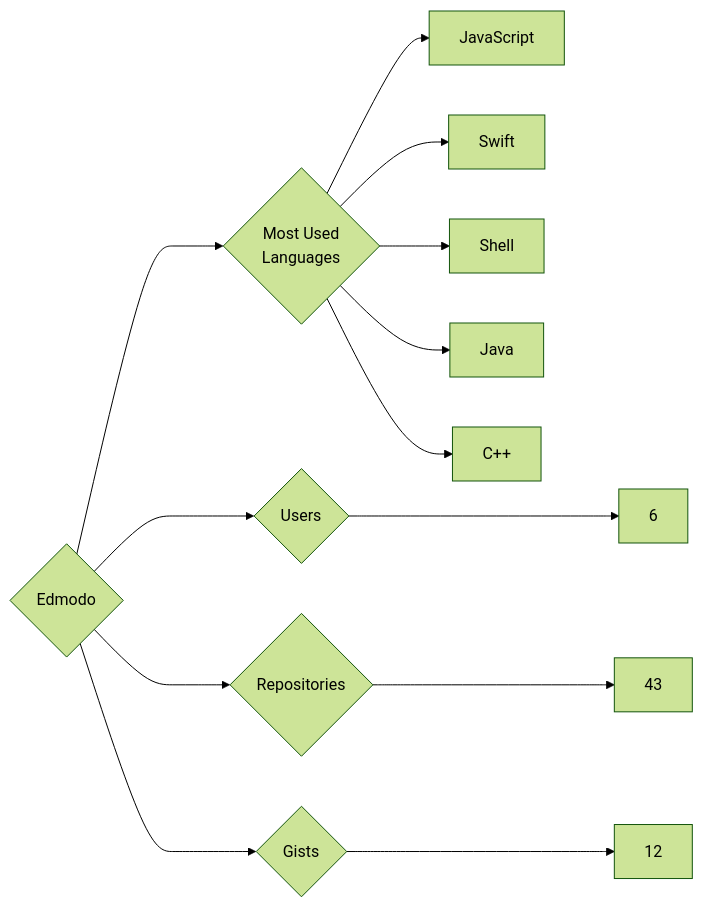
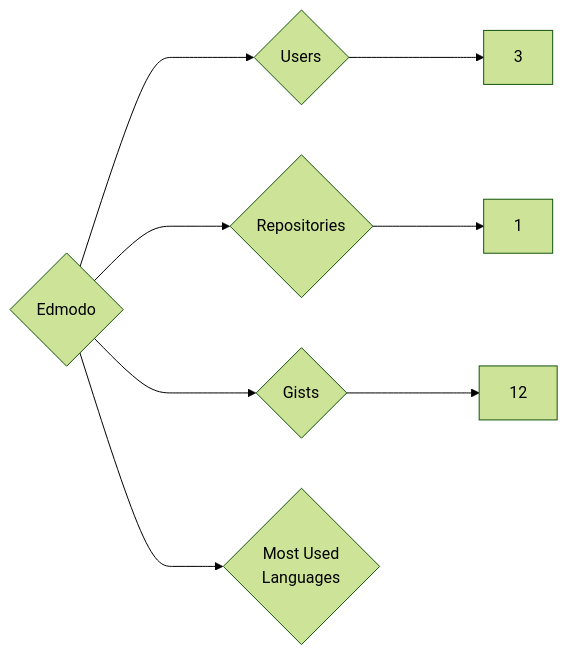
One commit to trickest/insiders changed the diagram in targets/Edmodo/README.md. Above: the diagram before and after it, drawn with Mermaid (forest theme). The commit also changed 1036 other files, not shown here.

````diff
--- a/targets/Edmodo/README.md
+++ b/targets/Edmodo/README.md
@@ -3,13 +3,8 @@
 ```mermaid
 graph LR
 COMPANY_NAME{Edmodo}
-COMPANY_NAME ---> U{Users} ---> UN[6]
-COMPANY_NAME ---> R{Repositories} ---> RN[43]
+COMPANY_NAME ---> U{Users} ---> UN[3]
+COMPANY_NAME ---> R{Repositories} ---> RN[1]
 COMPANY_NAME ---> G{Gists} ---> GN[12]
 COMPANY_NAME ---> ML{Most Used<br>Languages}
-ML --> JavaScript[JavaScript]
-ML --> Swift[Swift]
-ML --> Shell[Shell]
-ML --> Java[Java]
-ML --> C++[C++]
 ```
````
